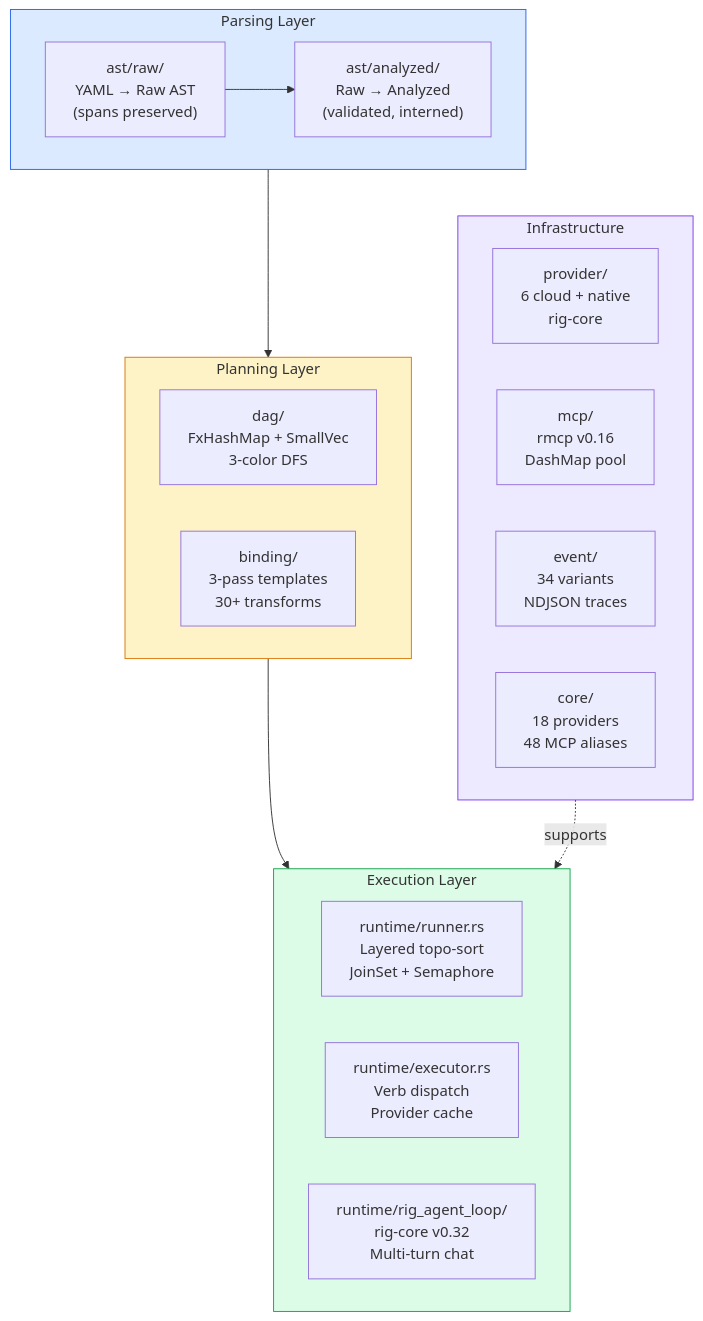
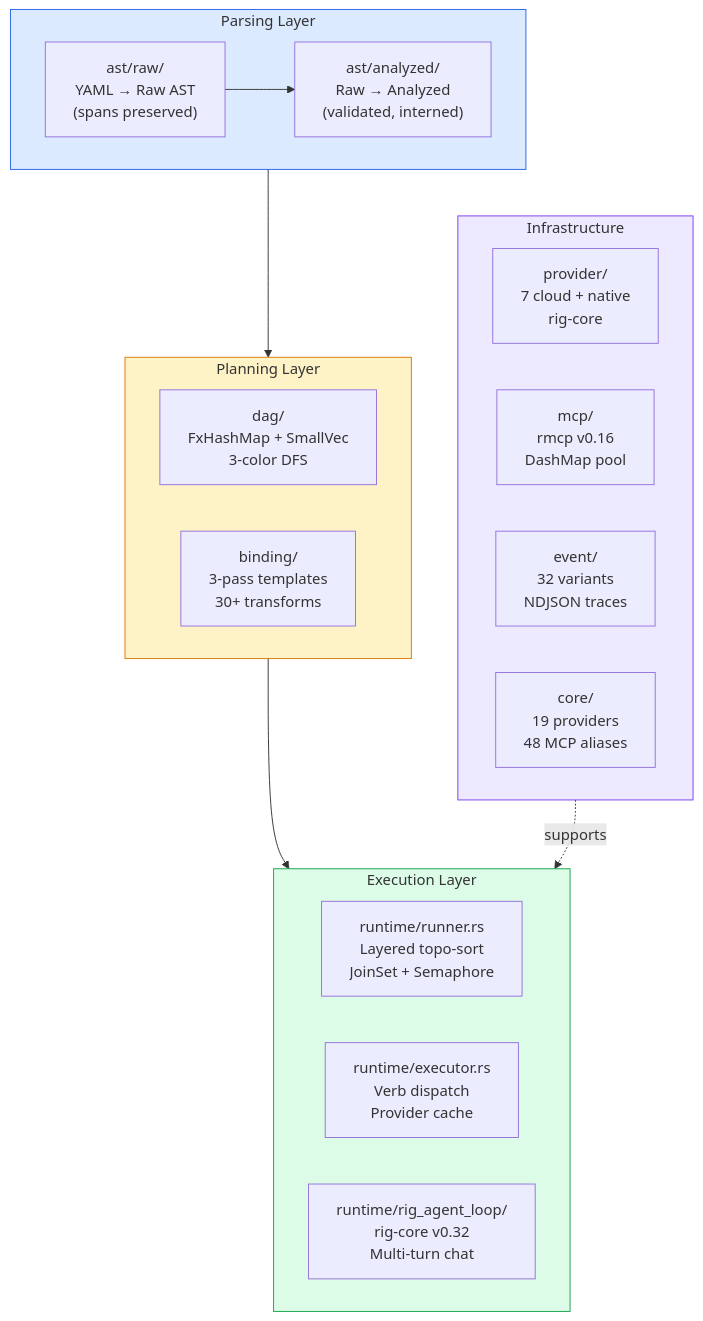
The second of 14 diagrams in tools/nika/docs/brainstorm/nika-evolution/06-research-synthesis-report.md (supernovae-st/nika), drawn with Mermaid before and after one commit. The commit also changed other lines of this file and 35 other files, not shown here.

````diff
--- a/tools/nika/docs/brainstorm/nika-evolution/06-research-synthesis-report.md
+++ b/tools/nika/docs/brainstorm/nika-evolution/06-research-synthesis-report.md
@@ -82,38 +82,38 @@
 ```mermaid
 flowchart TB
     subgraph PARSE["Parsing Layer"]
         direction LR
         P1["ast/raw/\nYAML → Raw AST\n(spans preserved)"]
         P2["ast/analyzed/\nRaw → Analyzed\n(validated, interned)"]
         P1 --> P2
     end
 
     subgraph PLAN["Planning Layer"]
         direction LR
         D1["dag/\nFxHashMap + SmallVec\n3-color DFS"]
         D2["binding/\n3-pass templates\n30+ transforms"]
     end
 
     subgraph EXEC["Execution Layer"]
         direction LR
         E1["runtime/runner.rs\nLayered topo-sort\nJoinSet + Semaphore"]
         E2["runtime/executor.rs\nVerb dispatch\nProvider cache"]
         E3["runtime/rig_agent_loop/\nrig-core v0.32\nMulti-turn chat"]
     end
 
     subgraph INFRA["Infrastructure"]
         direction LR
-        I1["provider/\n6 cloud + native\nrig-core"]
+        I1["provider/\n7 cloud + native\nrig-core"]
         I2["mcp/\nrmcp v0.16\nDashMap pool"]
-        I3["event/\n34 variants\nNDJSON traces"]
-        I4["core/\n18 providers\n48 MCP aliases"]
+        I3["event/\n32 variants\nNDJSON traces"]
+        I4["core/\n19 providers\n48 MCP aliases"]
     end
 
     PARSE --> PLAN --> EXEC
     INFRA -.->|"supports"| EXEC
 
     style PARSE fill:#dbeafe,stroke:#2563eb
     style PLAN fill:#fef3c7,stroke:#d97706
     style EXEC fill:#dcfce7,stroke:#16a34a
     style INFRA fill:#ede9fe,stroke:#7c3aed
 ```
````
